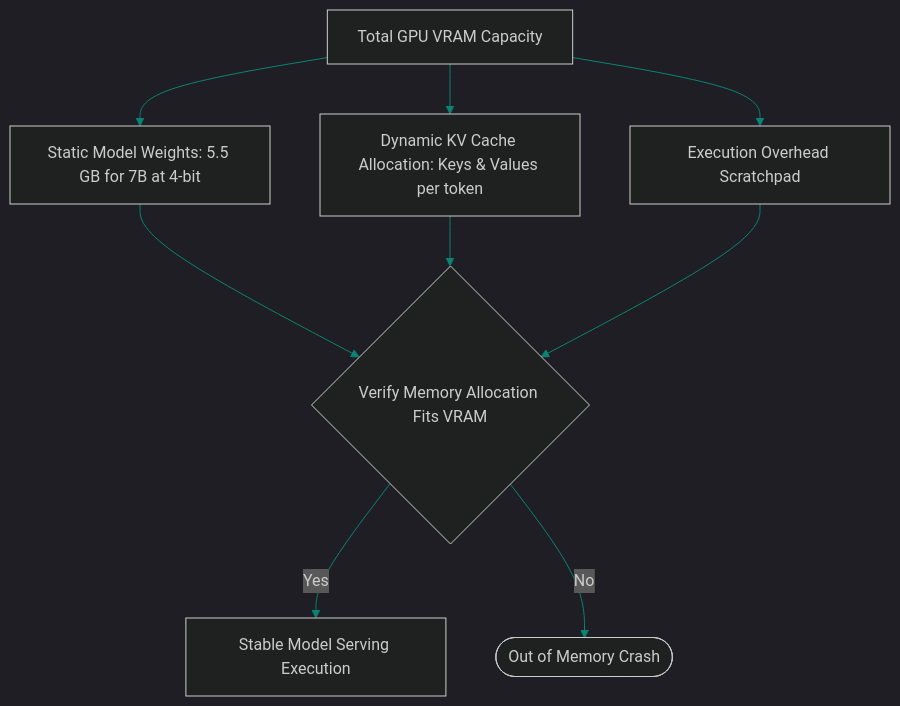
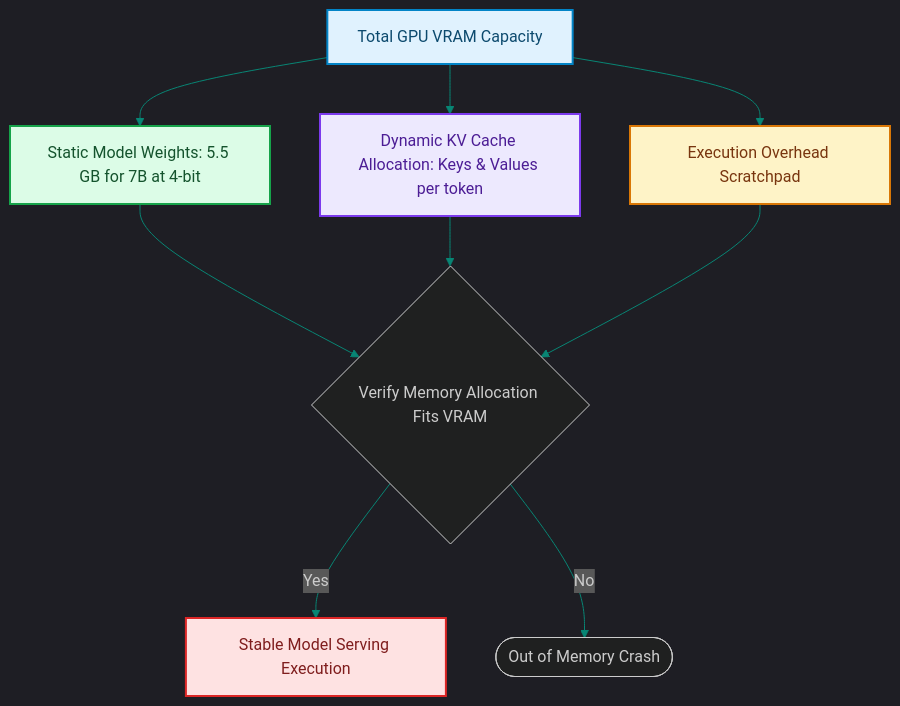
One commit to akmalkhaniub/akmalkhaniub.github.io changed the diagram in blog/posts/serving-vram-allocation-budgets-kv-cache-optimization.md. Above: the diagram before and after it, drawn with Mermaid. The commit also changed other lines of this file and 1291 other files, not shown here.

First line of the commit message:
feat(catalog): unique covers, scholarly references, and diagram palettes

````diff
--- a/blog/posts/serving-vram-allocation-budgets-kv-cache-optimization.md
+++ b/blog/posts/serving-vram-allocation-budgets-kv-cache-optimization.md
@@ -16,14 +16,25 @@
 ```mermaid
 %%{init: {'theme': 'dark', 'themeVariables': { 'primaryColor': '#088574', 'primaryTextColor': '#f3f4f6', 'primaryBorderColor': '#0db49b', 'lineColor': '#088574', 'secondaryColor': '#111827', 'tertiaryColor': '#0b0f19'}}}%%
 flowchart TD
-    GPU[Total GPU VRAM Capacity] --> Load[Static Model Weights: 5.5 GB for 7B at 4-bit]
-    GPU --> KV[Dynamic KV Cache Allocation: Keys & Values per token]
-    GPU --> Sys[Execution Overhead Scratchpad]
+    GPU["Total GPU VRAM Capacity"] --> Load["Static Model Weights: 5.5 GB for 7B at 4-bit"]
+    GPU --> KV["Dynamic KV Cache Allocation: Keys & Values per token"]
+    GPU --> Sys["Execution Overhead Scratchpad"]
     
     Load --> Run{Verify Memory Allocation Fits VRAM}
     KV --> Run
     Sys --> Run
     
-    Run -->|Yes| OK[Stable Model Serving Execution]
+    Run -->|Yes| OK["Stable Model Serving Execution"]
     Run -->|No| OOM([Out of Memory Crash])
+
+classDef green fill:#dcfce7,stroke:#16a34a,stroke-width:2px,color:#14532d;
+classDef red fill:#fee2e2,stroke:#dc2626,stroke-width:2px,color:#7f1d1d;
+classDef blue fill:#e0f2fe,stroke:#0284c7,stroke-width:2px,color:#0c4a6e;
+classDef yellow fill:#fef3c7,stroke:#d97706,stroke-width:2px,color:#78350f;
+classDef purple fill:#ede9fe,stroke:#7c3aed,stroke-width:2px,color:#4c1d95;
+class GPU blue
+class Load green
+class KV purple
+class Sys yellow
+class OK red
 ```
````
